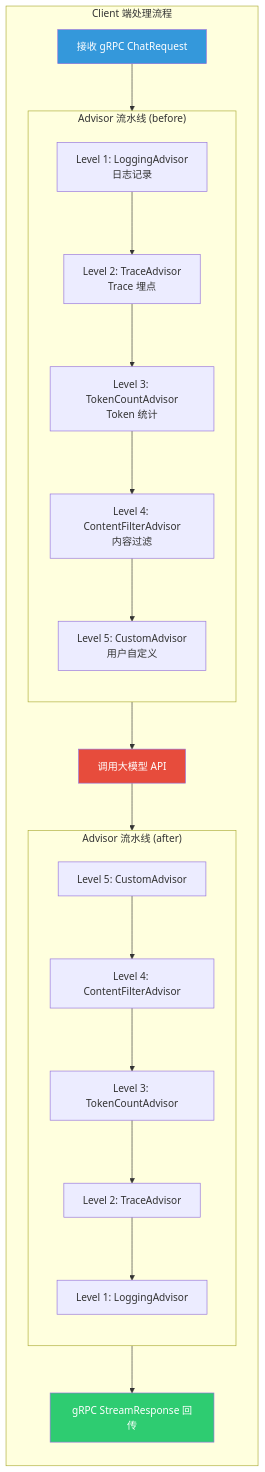
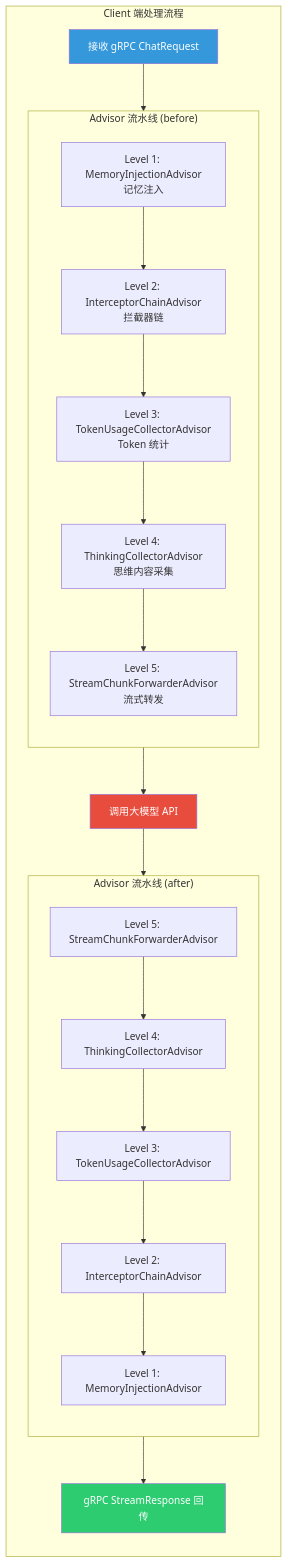
Diagram 14 of 18 in docs/architecture/agent-chain.md (aizuda/snail-ai), drawn with Mermaid before and after one commit. The commit also changed other lines of this file and 41 other files, not shown here.

````diff
--- a/docs/architecture/agent-chain.md
+++ b/docs/architecture/agent-chain.md
@@ -342,46 +340,46 @@
 ```mermaid
 graph TB
     subgraph Client["Client 端处理流程"]
         direction TB
         RECV["接收 gRPC ChatRequest"]
         
         subgraph Advisors["Advisor 流水线 (before)"]
             direction TB
-            L1["Level 1: LoggingAdvisor<br/>日志记录"]
-            L2["Level 2: TraceAdvisor<br/>Trace 埋点"]
-            L3["Level 3: TokenCountAdvisor<br/>Token 统计"]
-            L4["Level 4: ContentFilterAdvisor<br/>内容过滤"]
-            L5["Level 5: CustomAdvisor<br/>用户自定义"]
+            L1["Level 1: MemoryInjectionAdvisor<br/>记忆注入"]
+            L2["Level 2: InterceptorChainAdvisor<br/>拦截器链"]
+            L3["Level 3: TokenUsageCollectorAdvisor<br/>Token 统计"]
+            L4["Level 4: ThinkingCollectorAdvisor<br/>思维内容采集"]
+            L5["Level 5: StreamChunkForwarderAdvisor<br/>流式转发"]
         end
 
         CALL["调用大模型 API"]
 
         subgraph AdvisorsAfter["Advisor 流水线 (after)"]
             direction TB
-            L5A["Level 5: CustomAdvisor"]
-            L4A["Level 4: ContentFilterAdvisor"]
-            L3A["Level 3: TokenCountAdvisor"]
-            L2A["Level 2: TraceAdvisor"]
-            L1A["Level 1: LoggingAdvisor"]
+            L5A["Level 5: StreamChunkForwarderAdvisor"]
+            L4A["Level 4: ThinkingCollectorAdvisor"]
+            L3A["Level 3: TokenUsageCollectorAdvisor"]
+            L2A["Level 2: InterceptorChainAdvisor"]
+            L1A["Level 1: MemoryInjectionAdvisor"]
         end
 
         SEND["gRPC StreamResponse 回传"]
     end
 
     RECV --> L1
     L1 --> L2
     L2 --> L3
     L3 --> L4
     L4 --> L5
     L5 --> CALL
     CALL --> L5A
     L5A --> L4A
     L4A --> L3A
     L3A --> L2A
     L2A --> L1A
     L1A --> SEND
 
     style RECV fill:#3498db,color:#fff
     style CALL fill:#e74c3c,color:#fff
     style SEND fill:#2ecc71,color:#fff
 ```
````
